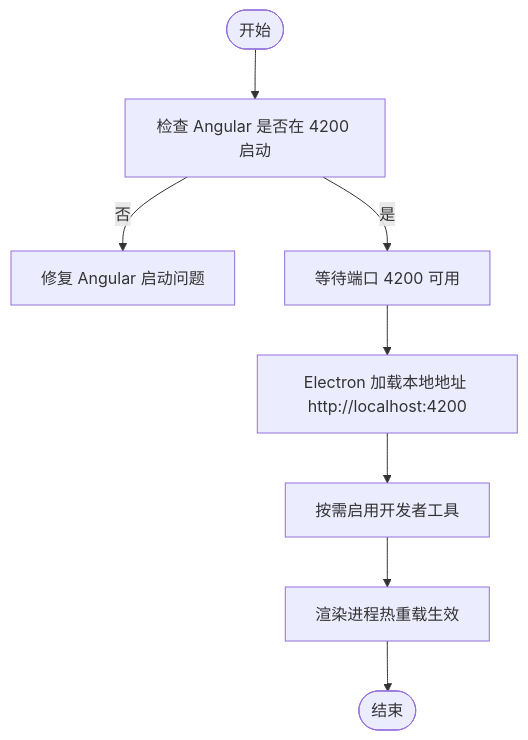
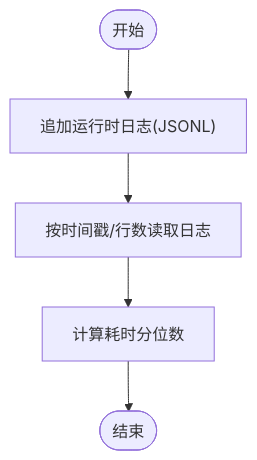
One commit to haolange/RDC-Agent changed the third of 6 diagrams in .qoder/repowiki/zh/content/故障排除.md. Above: the diagram before and after it, drawn with Mermaid. The commit also changed other lines of this file and 84 other files, not shown here.

````diff
--- a/.qoder/repowiki/zh/content/故障排除.md
+++ b/.qoder/repowiki/zh/content/故障排除.md
@@ -136,10 +121,7 @@
 ```mermaid
 flowchart TD
-Start(["开始"]) --> CheckAngular["检查 Angular 是否在 4200 启动"]
-CheckAngular --> |否| FixAngular["修复 Angular 启动问题"]
-CheckAngular --> |是| WaitPort["等待端口 4200 可用"]
-WaitPort --> LoadLocal["Electron 加载本地地址 http://localhost:4200"]
-LoadLocal --> DevTools["按需启用开发者工具"]
-DevTools --> Reload["渲染进程热重载生效"]
-Reload --> End(["结束"])
+Start(["开始"]) --> Append["追加运行时日志(JSONL)"]
+Append --> Read["按时间戳/行数读取日志"]
+Read --> Summarize["计算耗时分位数"]
+Summarize --> End(["结束"])
 ```
````
